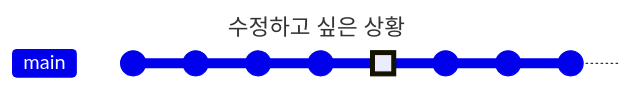
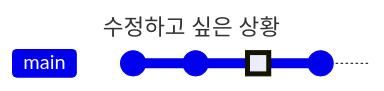
The diagram in _notes/tool/git/modify-past-commit.md (choesimin/choesimin.github.io), drawn with Mermaid before and after one commit. The commit also changed 2 other files, not shown here. Commit ids are hidden.

````diff
--- a/_notes/tool/git/modify-past-commit.md
+++ b/_notes/tool/git/modify-past-commit.md
@@ -10,16 +10,10 @@
 ```mermaid
 ---
 title: 수정하고 싶은 상황
 ---
-
 gitGraph
-
-commit
-commit
 commit
 commit
 commit id: "수정하고 싶은 Commit" type: HIGHLIGHT
 commit
-commit
-commit
 ```
````
